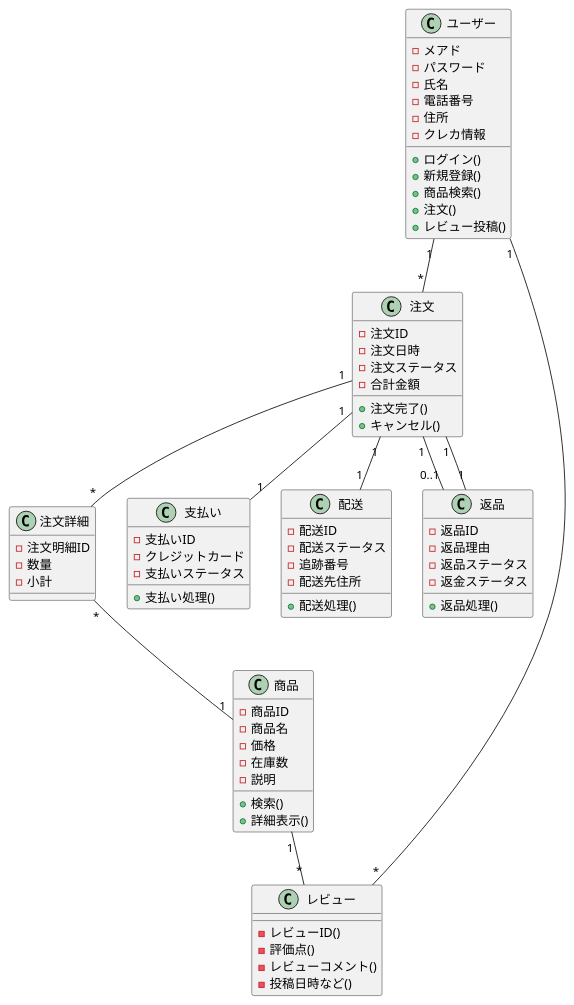
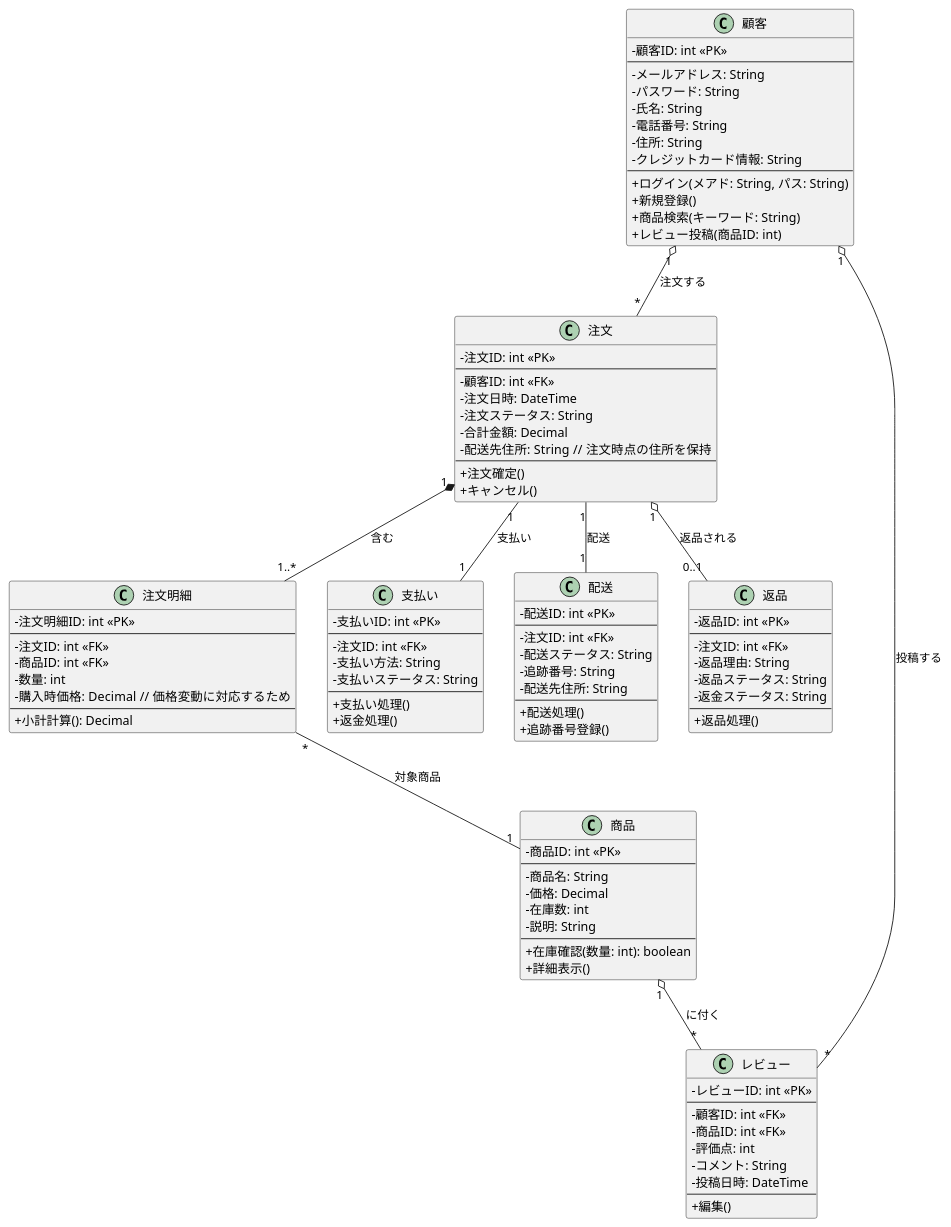
One commit to mameiku/group3-4 changed the diagram in class.pu. Above: the diagram before and after it, drawn with PlantUML.

Commit message:
クラス図変更

```diff
--- a/class.pu
+++ b/class.pu
@@ -1,90 +1,131 @@
 @startuml Bag_systemドメインモデル図
-skinparam componentStyle rectangle
+skinparam handwritten false
+skinparam classAttributeIconSize 0
 
-class ユーザー{
-    -メアド
-    -パスワード
-    -氏名
-    -電話番号
-    -住所
-    -クレカ情報
-
-    +ログイン()
-    +新規登録()
-    +商品検索()
-    +注文()
-    +レビュー投稿()
-}
-class 商品{
-    -商品ID
-    -商品名
-    -価格
-    -在庫数
-    -説明
-
-    +検索()
-    +詳細表示()
+class 顧客 {
+    - 顧客ID: int <<PK>>
+    --
+    - メールアドレス: String
+    - パスワード: String
+    - 氏名: String
+    - 電話番号: String
+    - 住所: String
+    - クレジットカード情報: String
+    --
+    + ログイン(メアド: String, パス: String)
+    + 新規登録()
+    + 商品検索(キーワード: String)
+    + レビュー投稿(商品ID: int)
 }
 
-' 名前、時刻、挨拶をクラスとして定義
-class 注文{
-    -注文ID
-    -注文日時
-    -注文ステータス
-    -合計金額
-    
-    +注文完了()
-    +キャンセル()
+class 商品 {
+    - 商品ID: int <<PK>>
+    --
+    - 商品名: String
+    - 価格: Decimal
+    - 在庫数: int
+    - 説明: String
+    --
+    + 在庫確認(数量: int): boolean
+    + 詳細表示()
 }
 
-class 注文詳細{
-    -注文明細ID
-    -数量
-    -小計
+class 注文 {
+    - 注文ID: int <<PK>>
+    --
+    - 顧客ID: int <<FK>>
+    - 注文日時: DateTime
+    - 注文ステータス: String
+    - 合計金額: Decimal
+    - 配送先住所: String  // 注文時点の住所を保持
+    --
+    + 注文確定()
+    + キャンセル()
 }
 
-class レビュー{
-    -レビューID()
-    -評価点()
-    -レビューコメント()
-    -投稿日時など()
+class 注文明細 {
+    - 注文明細ID: int <<PK>>
+    --
+    - 注文ID: int <<FK>>
+    - 商品ID: int <<FK>>
+    - 数量: int
+    - 購入時価格: Decimal  // 価格変動に対応するため
+    --
+    + 小計計算(): Decimal
 }
 
-
-class 支払い{
-    -支払いID
-    -クレジットカード
-    -支払いステータス
-
-    +支払い処理()
+class レビュー {
+    - レビューID: int <<PK>>
+    --
+    - 顧客ID: int <<FK>>
+    - 商品ID: int <<FK>>
+    - 評価点: int
+    - コメント: String
+    - 投稿日時: DateTime
+    --
+    + 編集()
 }
 
-class 配送{
-    -配送ID
-    -配送ステータス
-    -追跡番号
-    -配送先住所
-
-    +配送処理()
+class 支払い {
+    - 支払いID: int <<PK>>
+    --
+    - 注文ID: int <<FK>>
+    - 支払い方法: String
+    - 支払いステータス: String
+    --
+    + 支払い処理()
+    + 返金処理()
 }
 
-class 返品{
-    -返品ID
-    -返品理由
-    -返品ステータス
-    -返金ステータス
-
-    +返品処理()
+class 配送 {
+    - 配送ID: int <<PK>>
+    --
+    - 注文ID: int <<FK>>
+    - 配送ステータス: String
+    - 追跡番号: String
+    - 配送先住所: String
+    --
+    + 配送処理()
+    + 追跡番号登録()
 }
 
-ユーザー "1"-- "*" 注文
-注文 "1"-- "*" 注文詳細
-注文詳細 "*"-- "1" 商品
-ユーザー "1"-- "*" レビュー
-商品 "1"-- "*" レビュー
-注文 "1"-- "1" 支払い
-注文 "1"-- "1" 配送
-注文 "1"-- "0..1" 返品
-返品 "1"-- "1" 注文
+class 返品 {
+    - 返品ID: int <<PK>>
+    --
+    - 注文ID: int <<FK>>
+    - 返品理由: String
+    - 返品ステータス: String
+    - 返金ステータス: String
+    --
+    + 返品処理()
+}
+
+' ====================================================================
+' 関連定義 (Associations)
+' ====================================================================
+
+' 顧客 - 注文 (一人の顧客が複数の注文)
+顧客 "1" o-- "*" 注文 : 注文する
+
+' 注文 - 注文明細 (注文は複数の明細を持つ)
+注文 "1" *-- "1..*" 注文明細 : 含む
+
+' 注文明細 - 商品 (注文明細は、その時点の価格で一つの商品を参照)
+注文明細 "*" -- "1" 商品 : 対象商品
+
+' 顧客 - レビュー (一人の顧客が複数のレビュー)
+顧客 "1" o-- "*" レビュー : 投稿する
+
+' 商品 - レビュー (一つの商品に複数のレビュー)
+商品 "1" o-- "*" レビュー : に付く
+
+' 注文 - 支払い (一つの注文に一つの支払い)
+注文 "1" -- "1" 支払い : 支払い
+
+' 注文 - 配送 (一つの注文に一つの配送)
+注文 "1" -- "1" 配送 : 配送
+
+' 注文 - 返品 (一つの注文は0回または1回の返品。完全返品を想定)
+注文 "1" o-- "0..1" 返品 : 返品される
 
 @enduml
```
